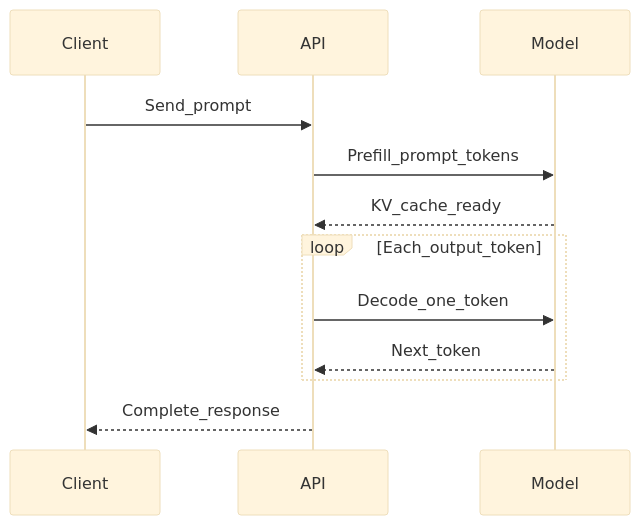
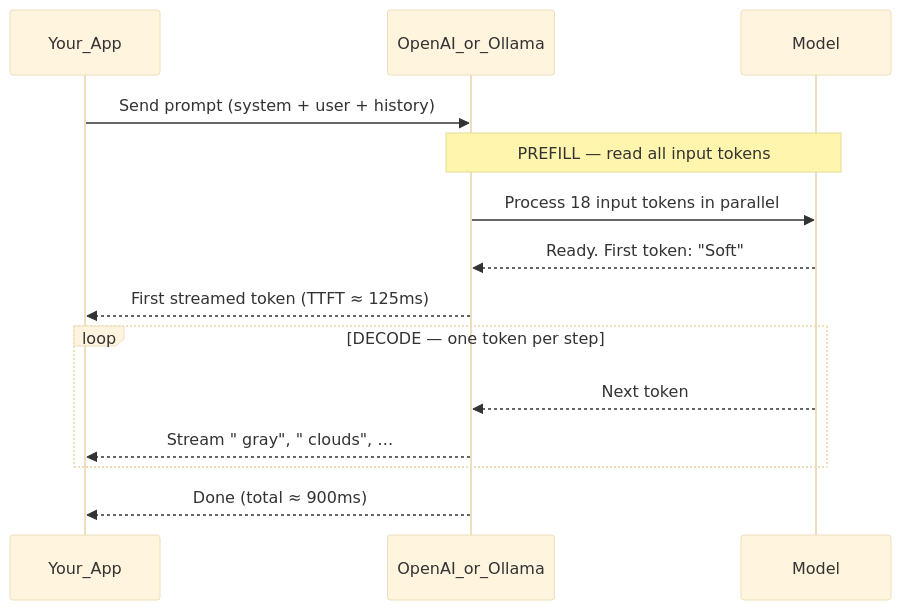
Before and after one commit to vinod-donthi/hands-on-llm-engineering: the diagram in week-01/theory/inference.md, drawn with Mermaid (base theme). The commit also changed other lines of this file and 22 other files, not shown here.

````diff
--- a/week-01/theory/inference.md
+++ b/week-01/theory/inference.md
@@ -43,14 +118,19 @@
 ```mermaid
 sequenceDiagram
-    participant Client
-    participant API
+    participant You as Your_App
+    participant API as OpenAI_or_Ollama
     participant Model
-    Client->>API: Send_prompt
-    API->>Model: Prefill_prompt_tokens
-    Model-->>API: KV_cache_ready
-    loop Each_output_token
-        API->>Model: Decode_one_token
-        Model-->>API: Next_token
+
+    You->>API: Send prompt (system + user + history)
+    Note over API,Model: PREFILL — read all input tokens
+    API->>Model: Process 18 input tokens in parallel
+    Model-->>API: Ready. First token: "Soft"
+    API-->>You: First streamed token (TTFT ≈ 125ms)
+
+    loop DECODE — one token per step
+        Model-->>API: Next token
+        API-->>You: Stream " gray", " clouds", …
     end
-    API-->>Client: Complete_response
+
+    API-->>You: Done (total ≈ 900ms)
 ```
````
